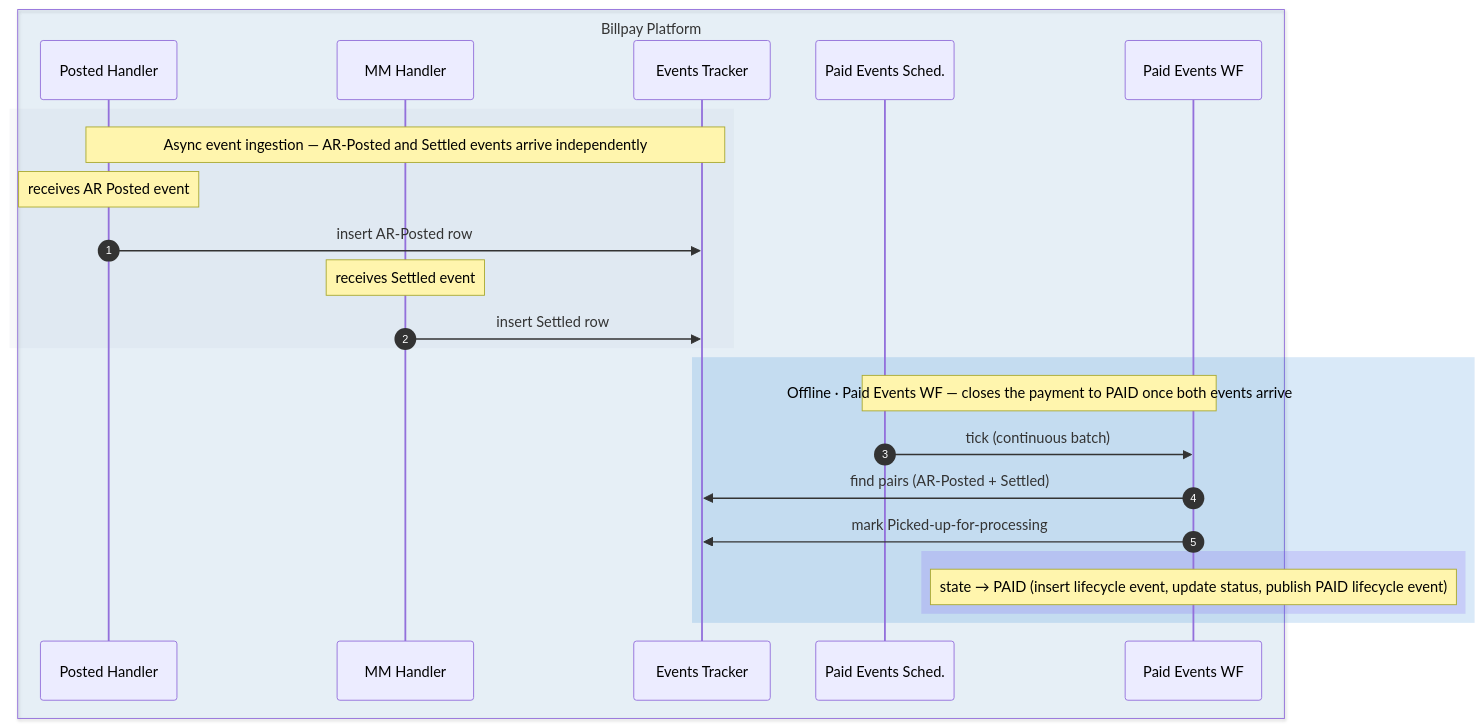
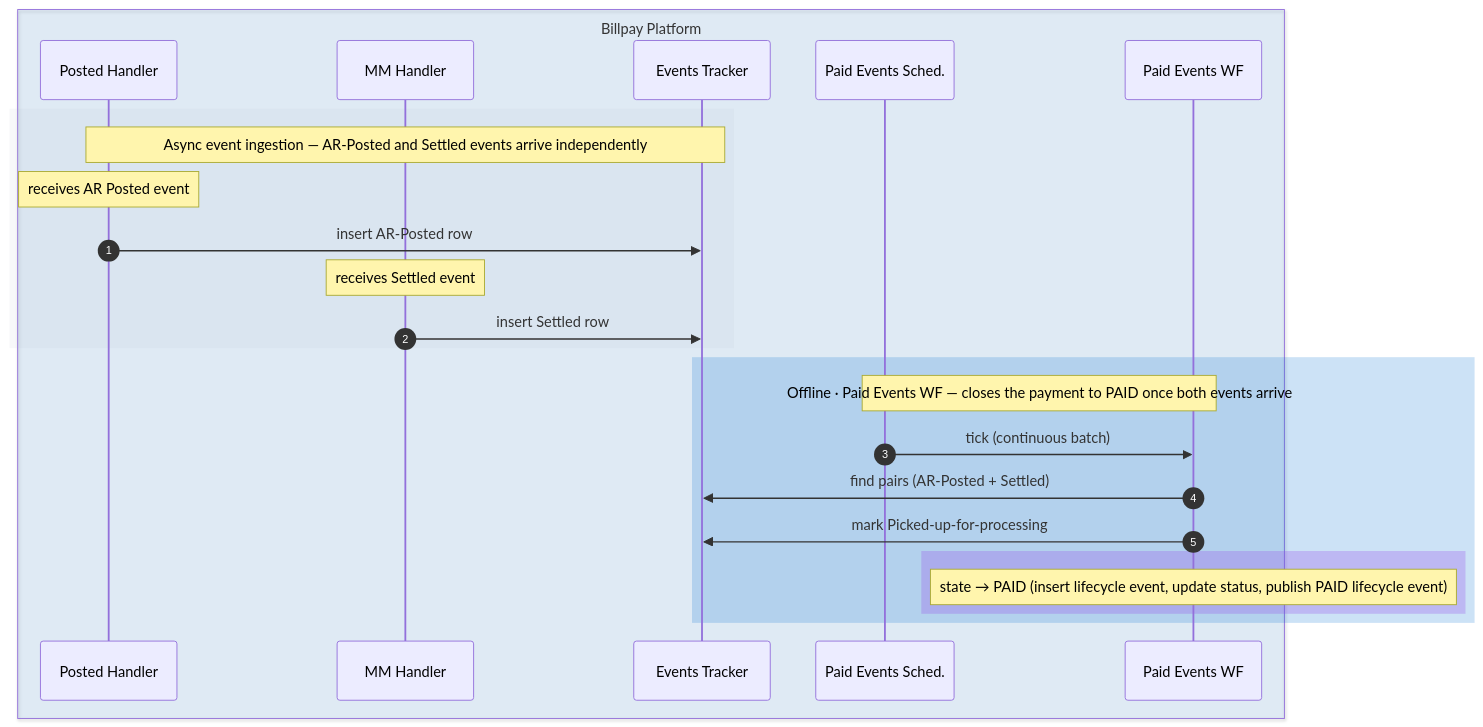
One commit to arunav-bhattacharya/billpay-book changed the tenth of 12 diagrams in website/docs/design/diagrams/sequence-diagram.md. Above: the diagram before and after it, drawn with Mermaid. The commit also changed other lines of this file and 4 other files, not shown here.

First line of the commit message:
Polish: system-map depth ramp + brighter sequence-diagram palette

````diff
--- a/website/docs/design/diagrams/sequence-diagram.md
+++ b/website/docs/design/diagrams/sequence-diagram.md
@@ -662,30 +662,30 @@
 ```mermaid
 sequenceDiagram
   autonumber
 
-  box rgba(0,111,207,0.08) Billpay Platform
+  box rgba(1,111,208,0.1) Billpay Platform
     participant PPH as Posted Handler
     participant MMH as MM Handler
     participant TRK as Events Tracker
     participant SCH as Paid Events Sched.
     participant PEP as Paid Events WF
   end
 
   rect rgba(148,163,184,0.08)
     Note over PPH,TRK: Async event ingestion — AR-Posted and Settled events arrive independently
     Note over PPH: receives AR Posted event
     PPH->>TRK: insert AR-Posted row
     Note over MMH: receives Settled event
     MMH->>TRK: insert Settled row
   end
 
-  rect rgba(0,111,207,0.15)
+  rect rgba(1,111,208,0.2)
     Note over SCH,PEP: Offline · Paid Events WF — closes the payment to PAID once both events arrive
     SCH->>PEP: tick (continuous batch)
     PEP->>TRK: find pairs (AR-Posted + Settled)
     PEP->>TRK: mark Picked-up-for-processing
-    rect rgba(124,92,246,0.2)
+    rect rgba(150,75,232,0.28)
       Note over PEP: state → PAID (insert lifecycle event, update status, publish PAID lifecycle event)
     end
   end
 ```
````
